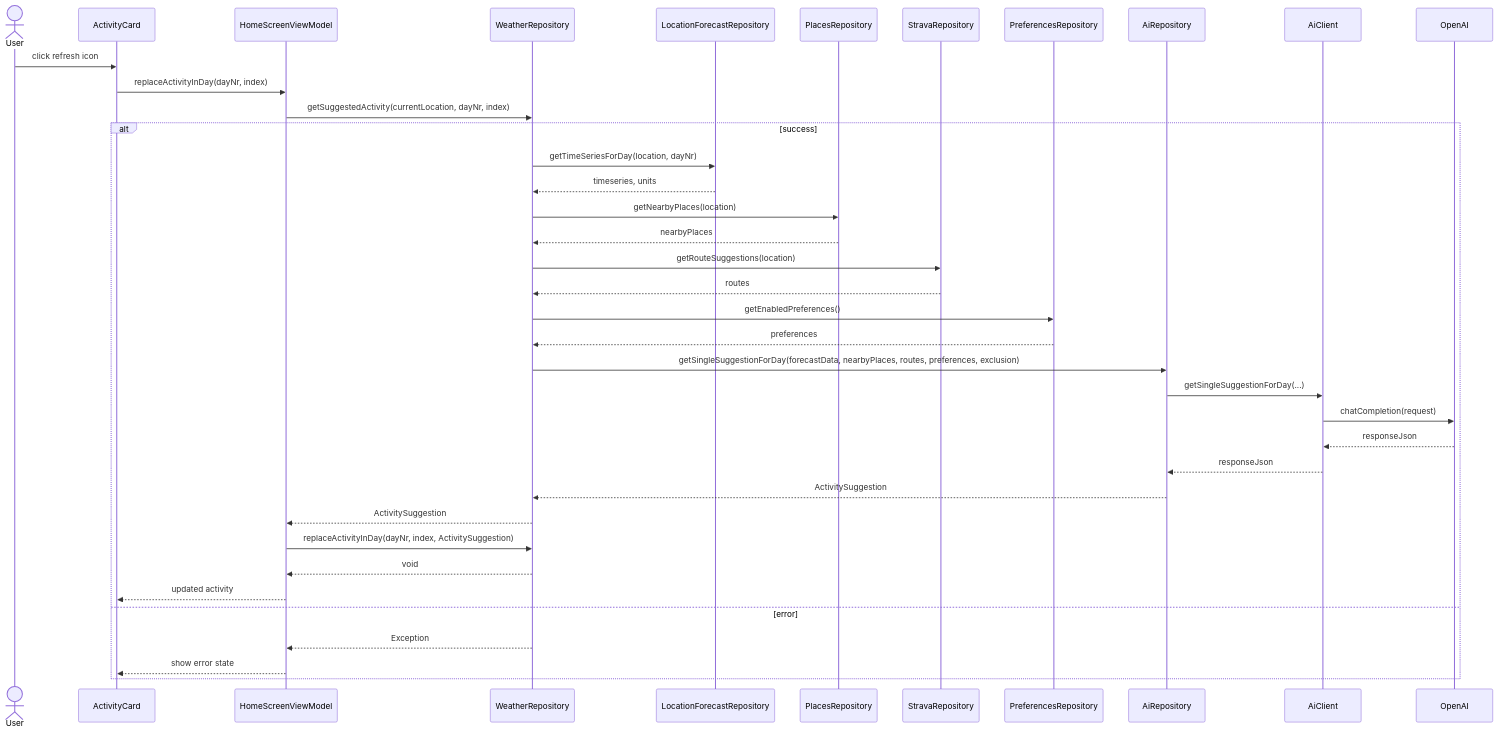
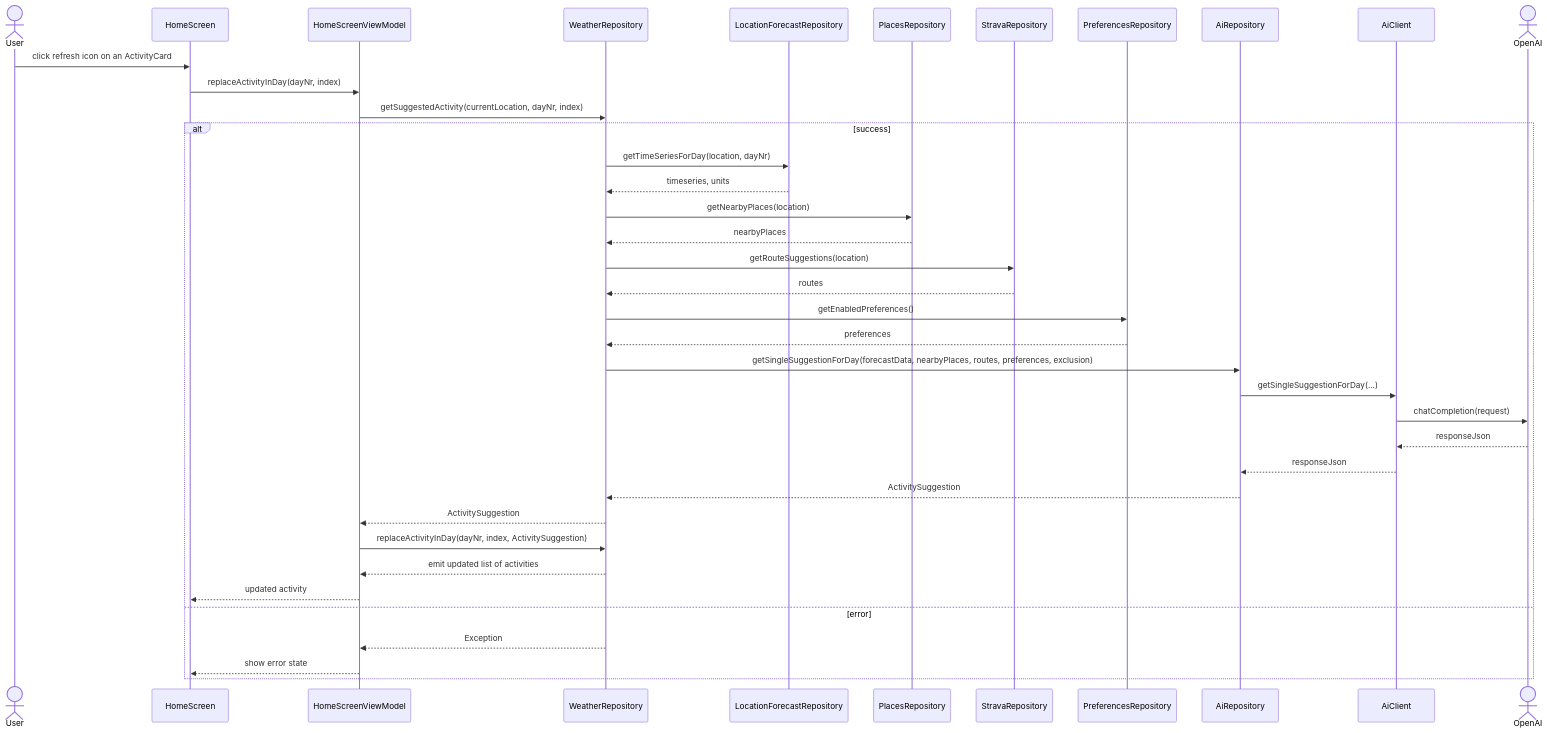
The diagram in diagrams/user_refreshes_activity/sequencediagram.md (GithubTechsupport/VaerAktiv), drawn with Mermaid before and after one commit. The commit also changed 33 other files, not shown here.

````diff
--- a/diagrams/user_refreshes_activity/sequencediagram.md
+++ b/diagrams/user_refreshes_activity/sequencediagram.md
@@ -1,41 +1,41 @@
 ```mermaid
 sequenceDiagram
     actor User
-    participant UI as ActivityCard
+    participant UI as HomeScreen
     participant VM as HomeScreenViewModel
     participant Repo as WeatherRepository
     participant LF as LocationForecastRepository
     participant Places as PlacesRepository
     participant Strava as StravaRepository
     participant Pref as PreferencesRepository
     participant AI as AiRepository
     participant Client as AiClient
-    participant OpenAI
+    actor OpenAI
 
-    User->>UI: click refresh icon
+    User->>UI: click refresh icon on an ActivityCard
     UI->>VM: replaceActivityInDay(dayNr, index)
     VM->>Repo: getSuggestedActivity(currentLocation, dayNr, index)
     alt success
         Repo->>LF: getTimeSeriesForDay(location, dayNr)
         LF-->>Repo: timeseries, units
         Repo->>Places: getNearbyPlaces(location)
         Places-->>Repo: nearbyPlaces
         Repo->>Strava: getRouteSuggestions(location)
         Strava-->>Repo: routes
         Repo->>Pref: getEnabledPreferences()
         Pref-->>Repo: preferences
         Repo->>AI: getSingleSuggestionForDay(forecastData, nearbyPlaces, routes, preferences, exclusion)
         AI->>Client: getSingleSuggestionForDay(...)
         Client->>OpenAI: chatCompletion(request)
         OpenAI-->>Client: responseJson
         Client-->>AI: responseJson
         AI-->>Repo: ActivitySuggestion
         Repo-->>VM: ActivitySuggestion
         VM->>Repo: replaceActivityInDay(dayNr, index, ActivitySuggestion)
-        Repo-->>VM: void
+        Repo-->>VM: emit updated list of activities
         VM-->>UI: updated activity
     else error
         Repo-->>VM: Exception
         VM-->>UI: show error state
     end
 ```
````
